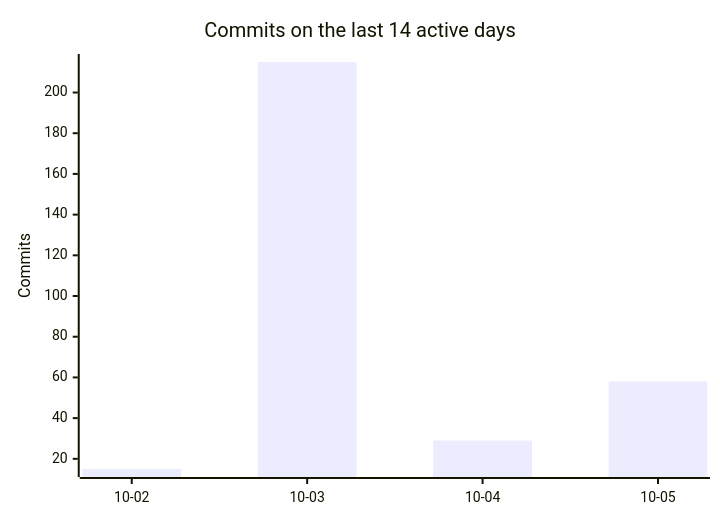
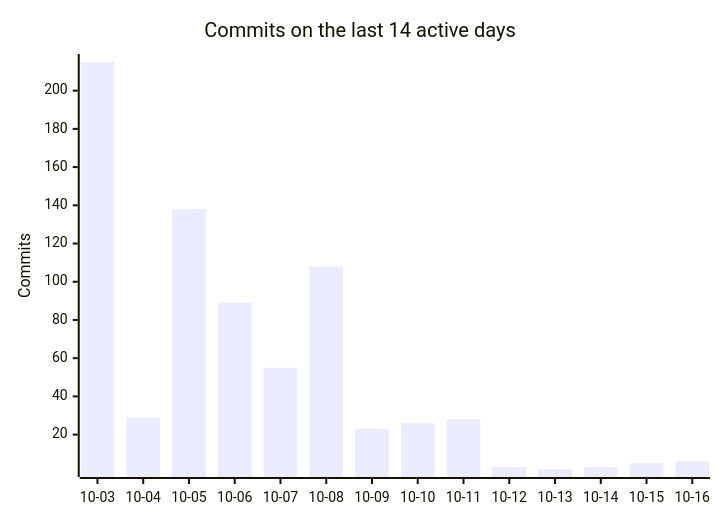
Before and after one commit to PflanzenDex/PflanzenDex: the third of 3 diagrams in README.md, drawn with Mermaid. The commit also changed other lines of this file, not shown here.

````diff
--- a/README.md
+++ b/README.md
@@ -70,7 +71,7 @@
 ```mermaid
 xychart-beta
   title "Commits on the last 14 active days"
-  x-axis ["10-02", "10-03", "10-04", "10-05"]
+  x-axis ["10-03", "10-04", "10-05", "10-06", "10-07", "10-08", "10-09", "10-10", "10-11", "10-12", "10-13", "10-14", "10-15", "10-16"]
   y-axis "Commits"
-  bar [15, 215, 29, 58]
+  bar [215, 29, 138, 89, 55, 108, 23, 26, 28, 3, 2, 3, 5, 6]
 ```
````
